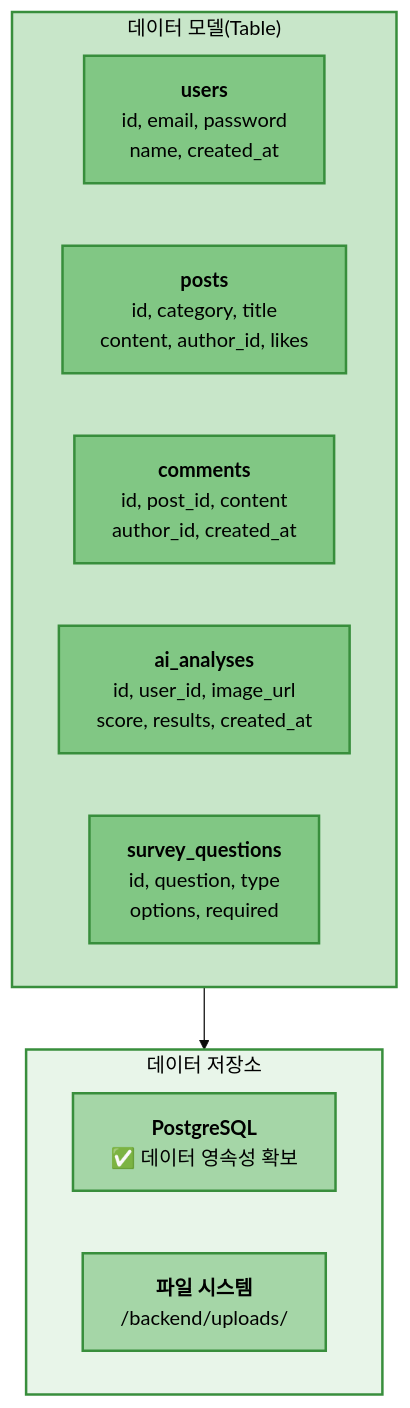
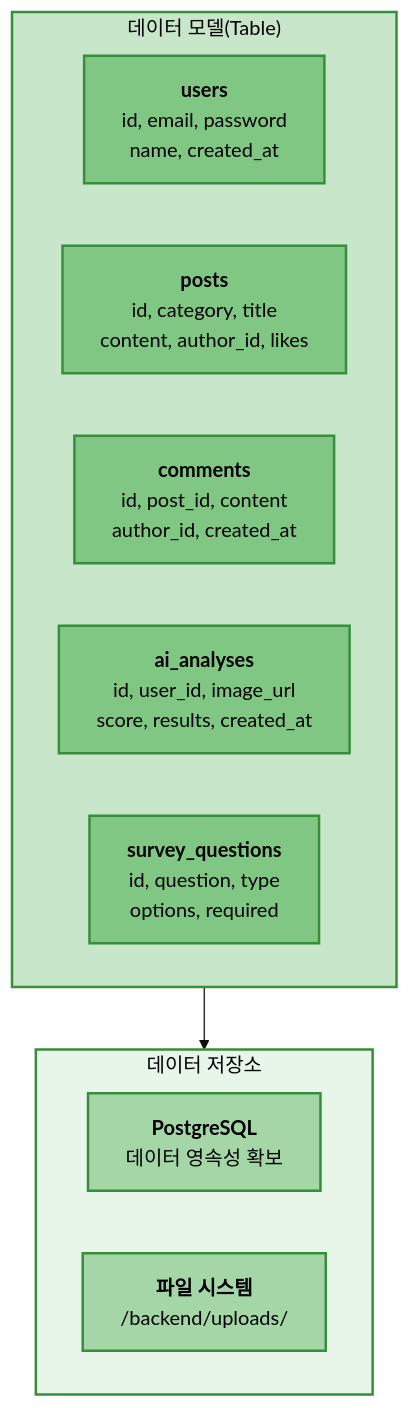
Before and after one commit to kyoe-23/DeepLearning_project: the fourth of 7 diagrams in Architecture.md, drawn with Mermaid (base theme).

Commit message:
이모지 제거

````diff
--- a/Architecture.md
+++ b/Architecture.md
@@ -127,29 +127,29 @@
 ```mermaid
 graph TB
     subgraph STORAGE["데이터 저장소"]
         direction LR
-        POSTGRES["<b>PostgreSQL</b><br/>✅ 데이터 영속성 확보"]
+        POSTGRES["<b>PostgreSQL</b><br/> 데이터 영속성 확보"]
         FILES["<b>파일 시스템</b><br/>/backend/uploads/"]
     end
 
     subgraph MODELS["데이터 모델(Table)"]
         direction LR
         USERS["<b>users</b><br/>id, email, password<br/>name, created_at"]
         POSTS["<b>posts</b><br/>id, category, title<br/>content, author_id, likes"]
         COMMENTS["<b>comments</b><br/>id, post_id, content<br/>author_id, created_at"]
         ANALYSES["<b>ai_analyses</b><br/>id, user_id, image_url<br/>score, results, created_at"]
         SURVEYS["<b>survey_questions</b><br/>id, question, type<br/>options, required"]
     end
 
     MODELS --> STORAGE
 
     style STORAGE fill:#E8F5E9,stroke:#388E3C,stroke-width:2px,color:#000
     style MODELS fill:#C8E6C9,stroke:#388E3C,stroke-width:2px,color:#000
     style POSTGRES fill:#A5D6A7,stroke:#388E3C,stroke-width:2px,color:#000
     style FILES fill:#A5D6A7,stroke:#388E3C,stroke-width:2px,color:#000
     style USERS fill:#81C784,stroke:#388E3C,stroke-width:2px,color:#000
     style POSTS fill:#81C784,stroke:#388E3C,stroke-width:2px,color:#000
     style COMMENTS fill:#81C784,stroke:#388E3C,stroke-width:2px,color:#000
     style ANALYSES fill:#81C784,stroke:#388E3C,stroke-width:2px,color:#000
     style SURVEYS fill:#81C784,stroke:#388E3C,stroke-width:2px,color:#000
 ```
````
